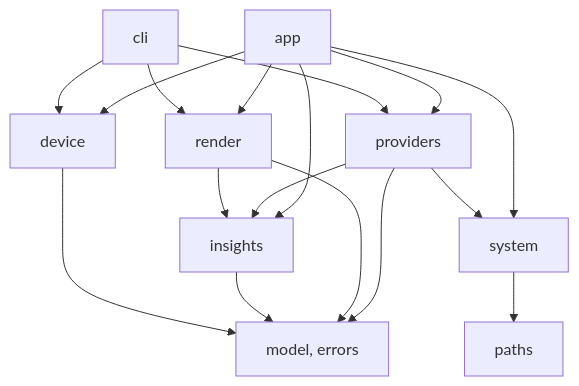
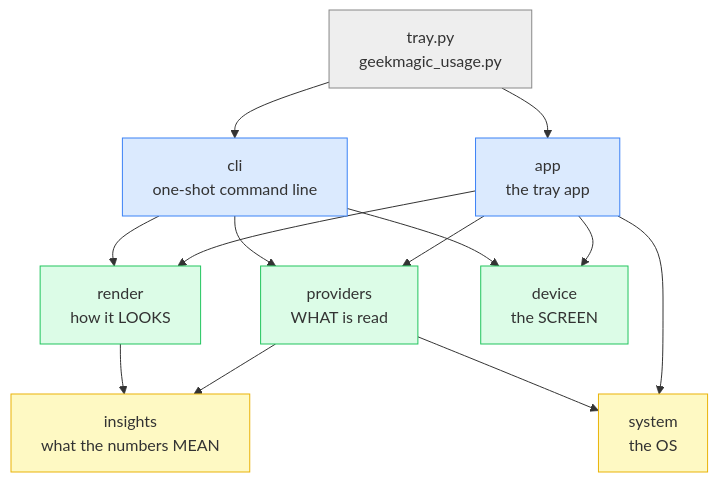
Before and after one commit to Cristian-Infante/geekmagic-claude-usage: the first of 4 diagrams in ARCHITECTURE.md, drawn with Mermaid. The commit also changed other lines of this file, not shown here.

First line of the commit message:
docs: Split the architecture diagram into small Mermaid diagrams that can be read

````diff
--- a/ARCHITECTURE.md
+++ b/ARCHITECTURE.md
@@ -63,19 +12,29 @@
 ```mermaid
 flowchart TD
-    app["app"] --> providers
+    entry["tray.py<br/>geekmagic_usage.py"]:::entry
+    app["app<br/>the tray app"]:::top
+    cli["cli<br/>one-shot command line"]:::top
+    providers["providers<br/>WHAT is read"]:::mid
+    render["render<br/>how it LOOKS"]:::mid
+    device["device<br/>the SCREEN"]:::mid
+    insights["insights<br/>what the numbers MEAN"]:::low
+    system["system<br/>the OS"]:::low
+
+    entry --> app
+    entry --> cli
+    app --> providers
     app --> render
     app --> device
-    app --> insights
     app --> system
-    cli["cli"] --> providers
+    cli --> providers
     cli --> render
     cli --> device
     providers --> insights
     providers --> system
     render --> insights
-    providers --> model["model, errors"]
-    render --> model
-    insights --> model
-    device --> model
-    system --> paths["paths"]
+
+    classDef entry fill:#eee,stroke:#888
+    classDef top fill:#dbeafe,stroke:#3b82f6
+    classDef mid fill:#dcfce7,stroke:#22c55e
+    classDef low fill:#fef9c3,stroke:#eab308
 ```
````
